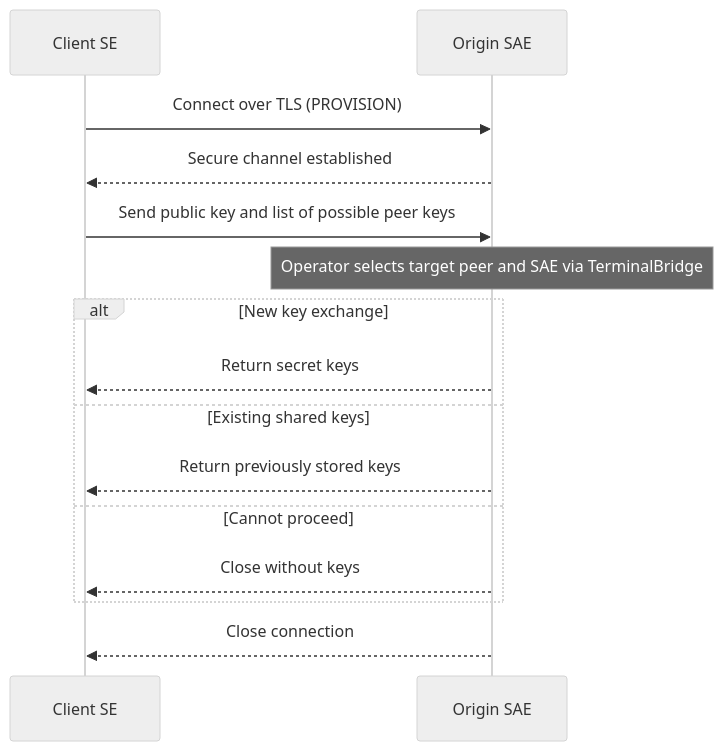
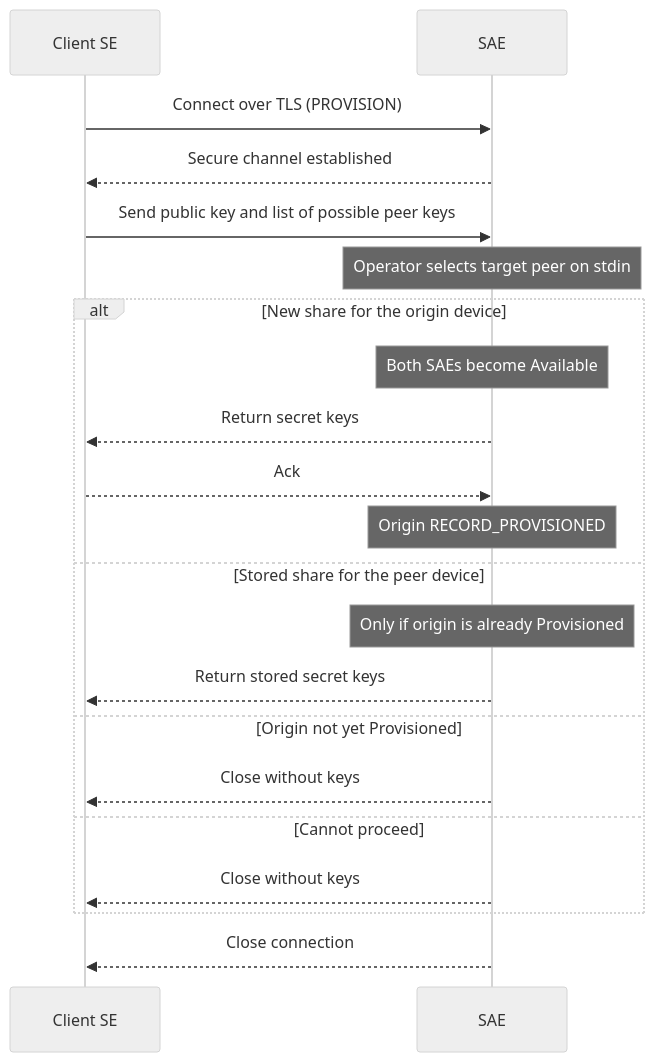
Before and after one commit to vonasmic/one-time-pad-keychain: the second of 10 diagrams in JAVA_APPS/docs/FLOWCHARTS.md, drawn with Mermaid (neutral theme). The commit also changed other lines of this file and 119 other files, not shown here.

````diff
--- a/JAVA_APPS/docs/FLOWCHARTS.md
+++ b/JAVA_APPS/docs/FLOWCHARTS.md
@@ -76,21 +70,26 @@
 ```mermaid
 sequenceDiagram
     participant SE as Client SE
-    participant SAE as Origin SAE
+    participant SAE as SAE
 
     SE->>SAE: Connect over TLS (PROVISION)
     SAE-->>SE: Secure channel established
+    SE->>SAE: Send public key and list of possible peer keys
+    Note over SAE: Operator selects target peer on stdin
 
-    SE->>SAE: Send public key and list of possible peer keys
-    Note over SAE: Operator selects target peer and SAE via TerminalBridge
-
-    alt New key exchange
+    alt New share for the origin device
+        Note over SAE: Both SAEs become Available
         SAE-->>SE: Return secret keys
-    else Existing shared keys
-        SAE-->>SE: Return previously stored keys
+        SE-->>SAE: Ack
+        Note over SAE: Origin RECORD_PROVISIONED
+    else Stored share for the peer device
+        Note over SAE: Only if origin is already Provisioned
+        SAE-->>SE: Return stored secret keys
+    else Origin not yet Provisioned
+        SAE-->>SE: Close without keys
     else Cannot proceed
         SAE-->>SE: Close without keys
     end
 
     SAE-->>SE: Close connection
 ```
````
